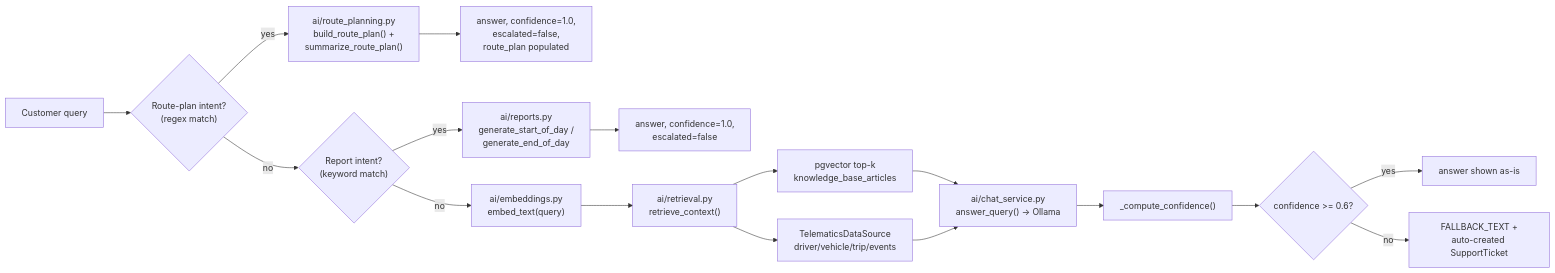
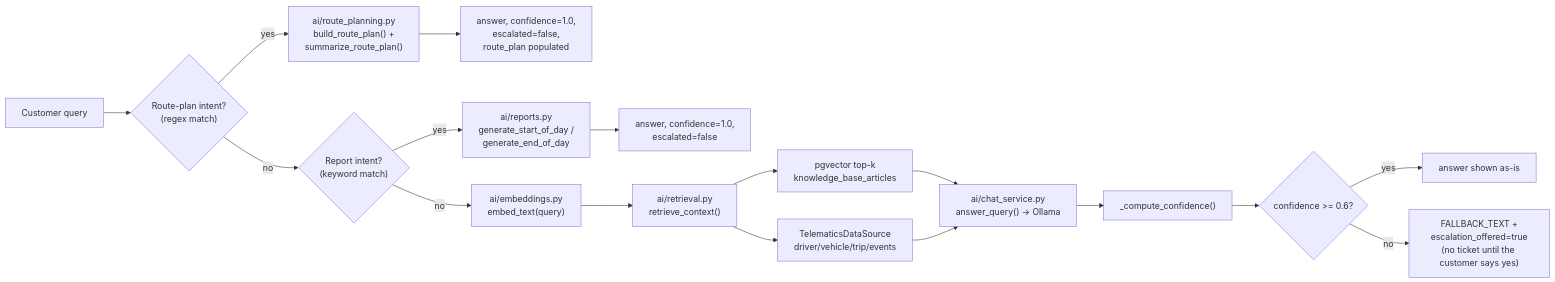
One commit to TABH33/AI-Support-Assistant changed the diagram in docs/RAG_PIPELINE.md. Above: the diagram before and after it, drawn with Mermaid. The commit also changed other lines of this file and 6 other files, not shown here.

````diff
--- a/docs/RAG_PIPELINE.md
+++ b/docs/RAG_PIPELINE.md
@@ -8,21 +8,21 @@
 ```mermaid
 flowchart LR
     Q["Customer query"] --> RPI{"Route-plan intent?\n(regex match)"}
     RPI -- yes --> RP["ai/route_planning.py\nbuild_route_plan() +\nsummarize_route_plan()"]
     RP --> A0["answer, confidence=1.0,\nescalated=false,\nroute_plan populated"]
 
     RPI -- no --> RI{"Report intent?\n(keyword match)"}
     RI -- yes --> RG["ai/reports.py\ngenerate_start_of_day /\ngenerate_end_of_day"]
     RG --> A1["answer, confidence=1.0,\nescalated=false"]
 
     RI -- no --> EMB["ai/embeddings.py\nembed_text(query)"]
     EMB --> RET["ai/retrieval.py\nretrieve_context()"]
     RET --> KB["pgvector top-k\nknowledge_base_articles"]
     RET --> TEL["TelematicsDataSource\ndriver/vehicle/trip/events"]
     KB --> LLM["ai/chat_service.py\nanswer_query() -> Ollama"]
     TEL --> LLM
     LLM --> CONF["_compute_confidence()"]
     CONF --> ESC{"confidence >= 0.6?"}
     ESC -- yes --> A2["answer shown as-is"]
-    ESC -- no --> FB["FALLBACK_TEXT +\nauto-created SupportTicket"]
+    ESC -- no --> FB["FALLBACK_TEXT +\nescalation_offered=true\n(no ticket until the customer says yes)"]
 ```
````
